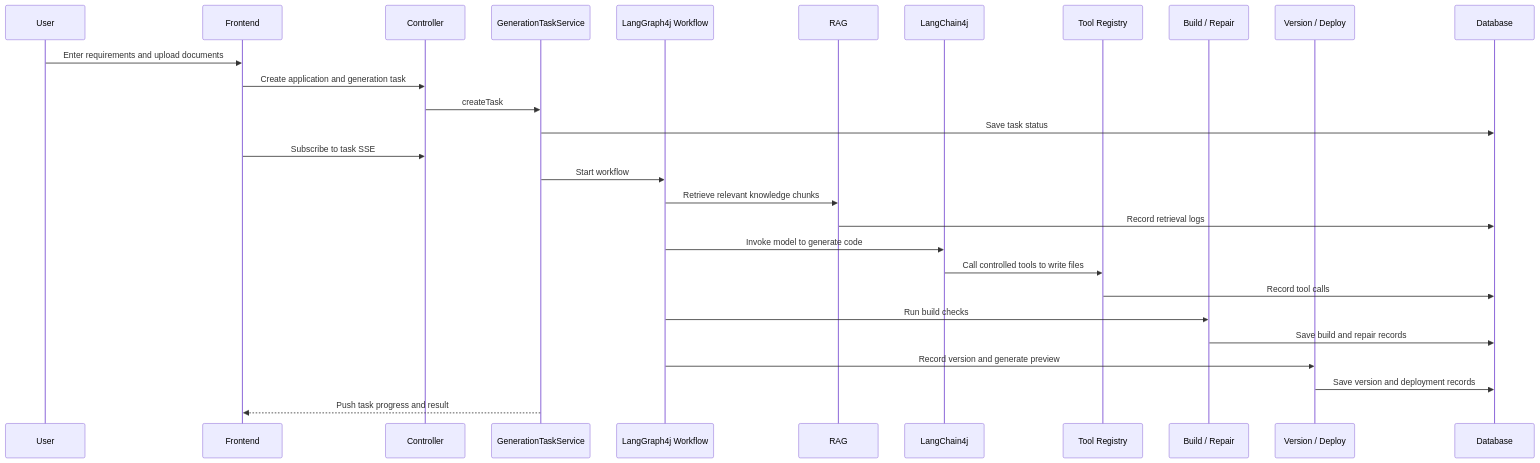
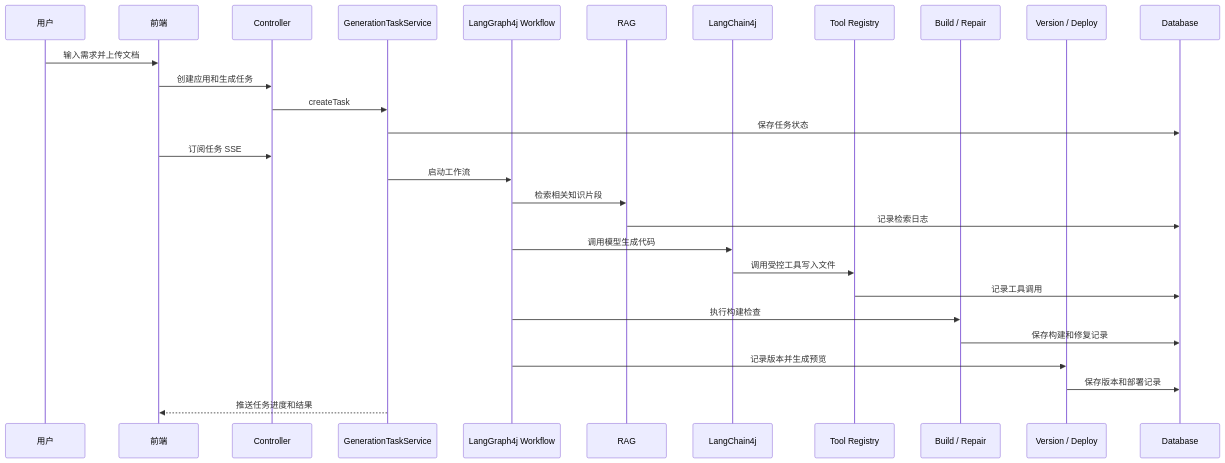
One commit to Code-Mikle/zero-logic changed the second of 4 diagrams in README.md. Above: the diagram before and after it, drawn with Mermaid. The commit also changed other lines of this file and 7 other files, not shown here.

````diff
--- a/README.md
+++ b/README.md
@@ -134,31 +132,31 @@
 ```mermaid
 sequenceDiagram
-    participant U as User
-    participant F as Frontend
+    participant U as 用户
+    participant F as 前端
     participant C as Controller
     participant T as GenerationTaskService
     participant W as LangGraph4j Workflow
     participant R as RAG
     participant L as LangChain4j
     participant Tool as Tool Registry
     participant B as Build / Repair
     participant V as Version / Deploy
     participant D as Database
 
-    U->>F: Enter requirements and upload documents
-    F->>C: Create application and generation task
+    U->>F: 输入需求并上传文档
+    F->>C: 创建应用和生成任务
     C->>T: createTask
-    T->>D: Save task status
-    F->>C: Subscribe to task SSE
-    T->>W: Start workflow
-    W->>R: Retrieve relevant knowledge chunks
-    R->>D: Record retrieval logs
-    W->>L: Invoke model to generate code
-    L->>Tool: Call controlled tools to write files
-    Tool->>D: Record tool calls
-    W->>B: Run build checks
-    B->>D: Save build and repair records
-    W->>V: Record version and generate preview
-    V->>D: Save version and deployment records
-    T-->>F: Push task progress and result
+    T->>D: 保存任务状态
+    F->>C: 订阅任务 SSE
+    T->>W: 启动工作流
+    W->>R: 检索相关知识片段
+    R->>D: 记录检索日志
+    W->>L: 调用模型生成代码
+    L->>Tool: 调用受控工具写入文件
+    Tool->>D: 记录工具调用
+    W->>B: 执行构建检查
+    B->>D: 保存构建和修复记录
+    W->>V: 记录版本并生成预览
+    V->>D: 保存版本和部署记录
+    T-->>F: 推送任务进度和结果
 ```
````
